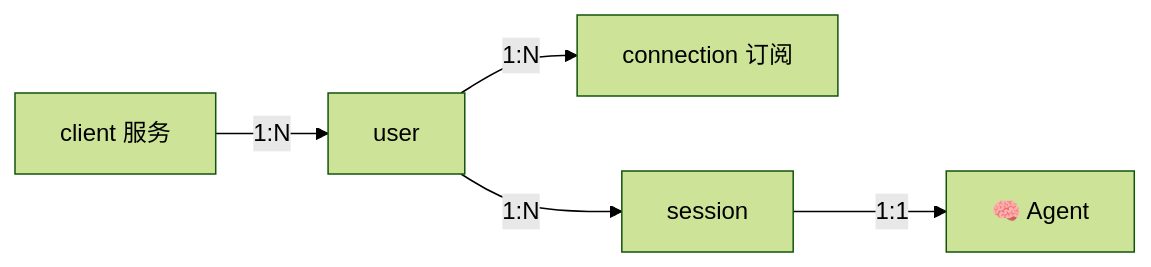
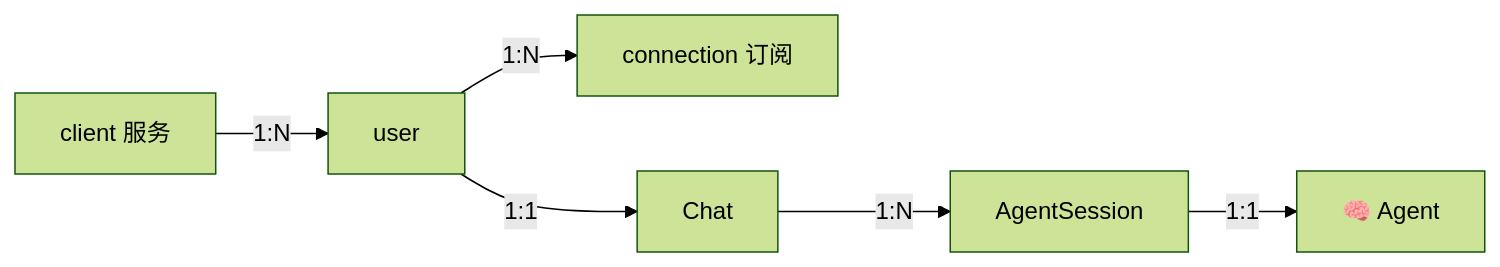
Before and after one commit to dingdalong/skynet_agent: the first of 2 diagrams in docs/architecture/AGENT_GATEWAY.md, drawn with Mermaid (forest theme). The commit also changed other lines of this file and 60 other files, not shown here.

````diff
--- a/docs/architecture/AGENT_GATEWAY.md
+++ b/docs/architecture/AGENT_GATEWAY.md
@@ -19,7 +21,8 @@
 ```mermaid
 flowchart LR
     C["client 服务"] -->|"1:N"| U["user"]
     U -->|"1:N"| N["connection 订阅"]
-    U -->|"1:N"| S["session"]
+    U -->|"1:1"| H["Chat"]
+    H -->|"1:N"| S["AgentSession"]
     S -->|"1:1"| A["🧠 Agent"]
 ```
````
